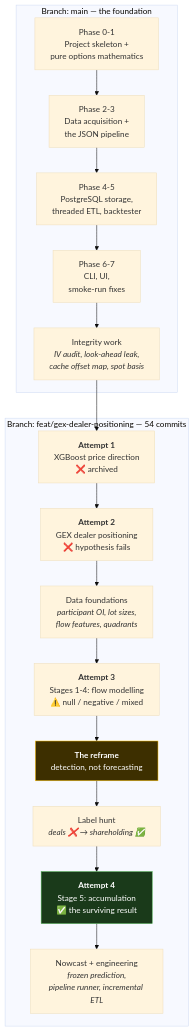
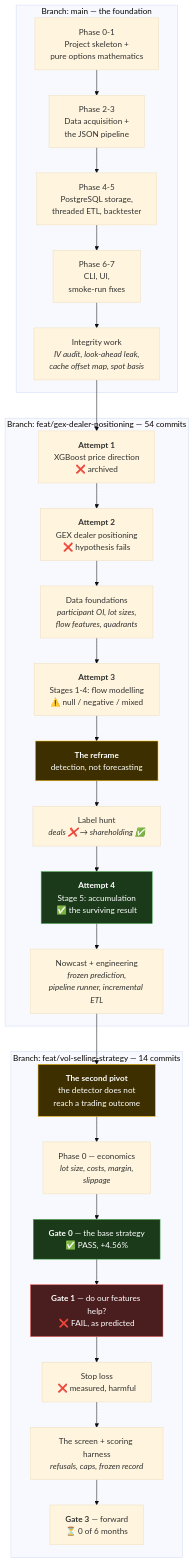
One commit to Yalt8826/MarketMomentum changed the diagram in docs/understanding/v1/13-the-journey.md. Above: the diagram before and after it, drawn with Mermaid (base theme). The commit also changed other lines of this file and 13 other files, not shown here.

````diff
--- a/docs/understanding/v1/13-the-journey.md
+++ b/docs/understanding/v1/13-the-journey.md
@@ -16,27 +17,41 @@
 ```mermaid
 flowchart TB
     subgraph MAIN["Branch: main — the foundation"]
         M0["Phase 0-1<br/>Project skeleton +<br/>pure options mathematics"]
         M1["Phase 2-3<br/>Data acquisition +<br/>the JSON pipeline"]
         M2["Phase 4-5<br/>PostgreSQL storage,<br/>threaded ETL, backtester"]
         M3["Phase 6-7<br/>CLI, UI,<br/>smoke-run fixes"]
         M4["Integrity work<br/><i>IV audit, look-ahead leak,<br/>cache offset map, spot basis</i>"]
     end
 
     subgraph BRANCH["Branch: feat/gex-dealer-positioning — 54 commits"]
         B1["<b>Attempt 1</b><br/>XGBoost price direction<br/>❌ archived"]
         B2["<b>Attempt 2</b><br/>GEX dealer positioning<br/>❌ hypothesis fails"]
         B3["Data foundations<br/><i>participant OI, lot sizes,<br/>flow features, quadrants</i>"]
         B4["<b>Attempt 3</b><br/>Stages 1-4: flow modelling<br/>⚠️ null / negative / mixed"]
         B5["<b>The reframe</b><br/>detection, not forecasting"]
         B6["Label hunt<br/><i>deals ❌ → shareholding ✅</i>"]
         B7["<b>Attempt 4</b><br/>Stage 5: accumulation<br/>✅ the surviving result"]
         B8["Nowcast + engineering<br/><i>frozen prediction,<br/>pipeline runner, incremental ETL</i>"]
     end
 
+    subgraph TRADE["Branch: feat/vol-selling-strategy — 14 commits"]
+        T0["<b>The second pivot</b><br/>the detector does not<br/>reach a trading outcome"]
+        T1["Phase 0 — economics<br/><i>lot size, costs, margin,<br/>slippage</i>"]
+        T2["<b>Gate 0</b> — the base strategy<br/>✅ PASS, +4.56%"]
+        T3["<b>Gate 1</b> — do our features help?<br/>❌ FAIL, as predicted"]
+        T4["Stop loss<br/>❌ measured, harmful"]
+        T5["The screen + scoring harness<br/><i>refusals, caps, frozen record</i>"]
+        T6["<b>Gate 3</b> — forward<br/>⏳ 0 of 6 months"]
+    end
+
     M0 --> M1 --> M2 --> M3 --> M4 --> B1
     B1 --> B2 --> B3 --> B4 --> B5 --> B6 --> B7 --> B8
+    B8 --> T0 --> T1 --> T2 --> T3 --> T4 --> T5 --> T6
 
     style B7 fill:#1a3a1a,stroke:#4caf50,color:#fff
     style B5 fill:#3d2f00,stroke:#ffc107,color:#fff
+    style T0 fill:#3d2f00,stroke:#ffc107,color:#fff
+    style T2 fill:#1a3a1a,stroke:#4caf50,color:#fff
+    style T3 fill:#4a1e1e,stroke:#ff6b6b,color:#fff
 ```
````
